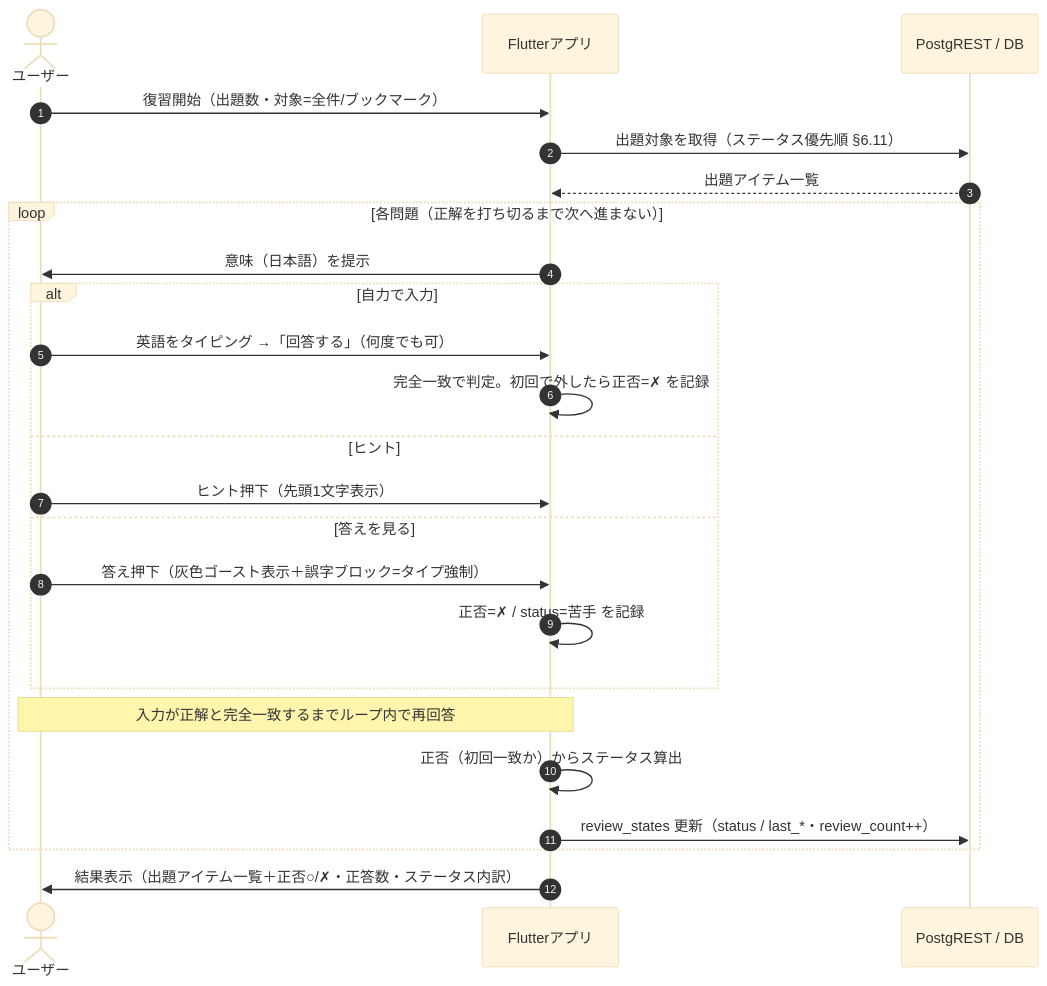
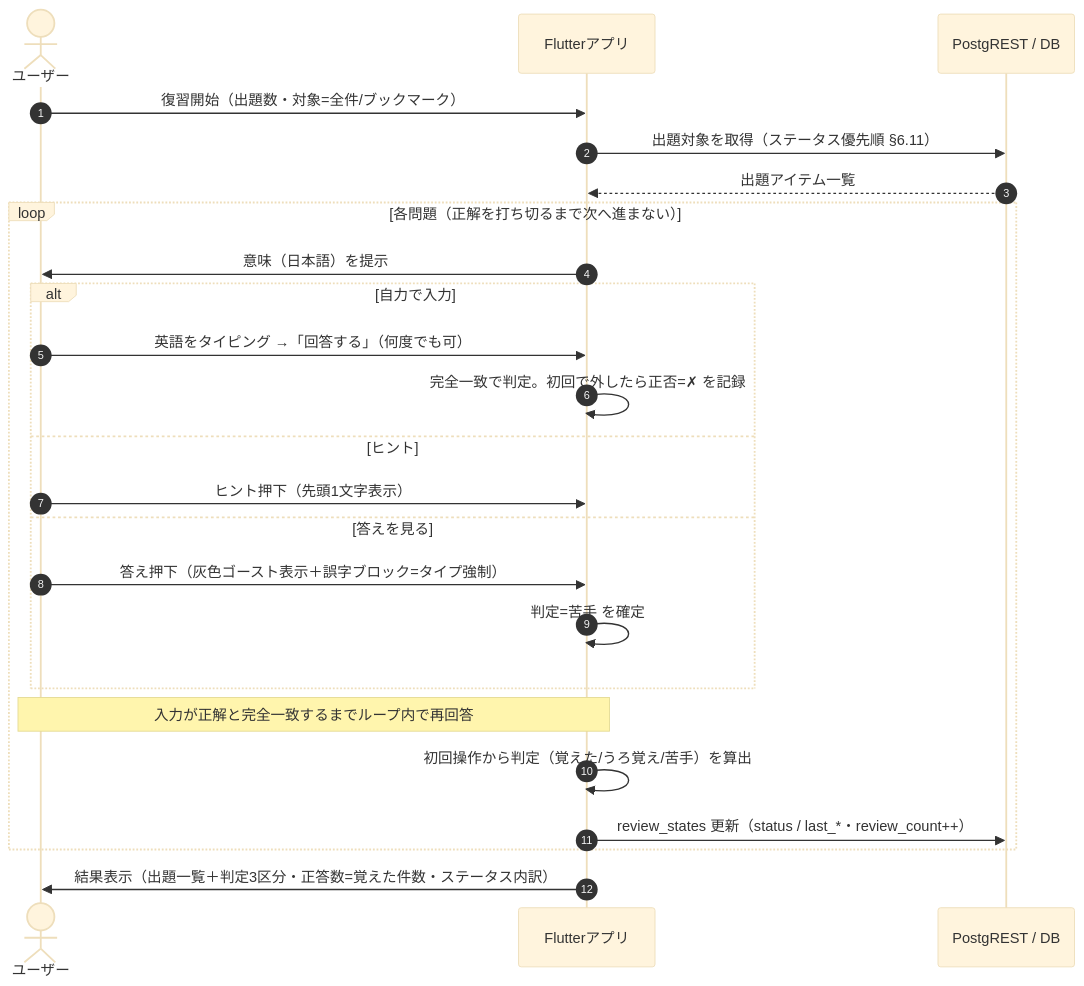
One commit to komikonkon/Rakuku changed the fifth of 7 diagrams in docs/architecture.md. Above: the diagram before and after it, drawn with Mermaid (base theme). The commit also changed 3 other files, not shown here.

````diff
--- a/docs/architecture.md
+++ b/docs/architecture.md
@@ -173,27 +173,27 @@
 ```mermaid
 sequenceDiagram
     autonumber
     actor U as ユーザー
     participant App as Flutterアプリ
     participant DB as PostgREST / DB
 
     U->>App: 復習開始（出題数・対象=全件/ブックマーク）
     App->>DB: 出題対象を取得（ステータス優先順 §6.11）
     DB-->>App: 出題アイテム一覧
     loop 各問題（正解を打ち切るまで次へ進まない）
         App->>U: 意味（日本語）を提示
         alt 自力で入力
             U->>App: 英語をタイピング →「回答する」（何度でも可）
             App->>App: 完全一致で判定。初回で外したら正否=✗ を記録
         else ヒント
             U->>App: ヒント押下（先頭1文字表示）
         else 答えを見る
             U->>App: 答え押下（灰色ゴースト表示＋誤字ブロック=タイプ強制）
-            App->>App: 正否=✗ / status=苦手 を記録
+            App->>App: 判定=苦手 を確定
         end
         Note over App,U: 入力が正解と完全一致するまでループ内で再回答
-        App->>App: 正否（初回一致か）からステータス算出
+        App->>App: 初回操作から判定（覚えた/うろ覚え/苦手）を算出
         App->>DB: review_states 更新（status / last_*・review_count++）
     end
-    App->>U: 結果表示（出題アイテム一覧＋正否○/✗・正答数・ステータス内訳）
+    App->>U: 結果表示（出題一覧＋判定3区分・正答数=覚えた件数・ステータス内訳）
 ```
````
